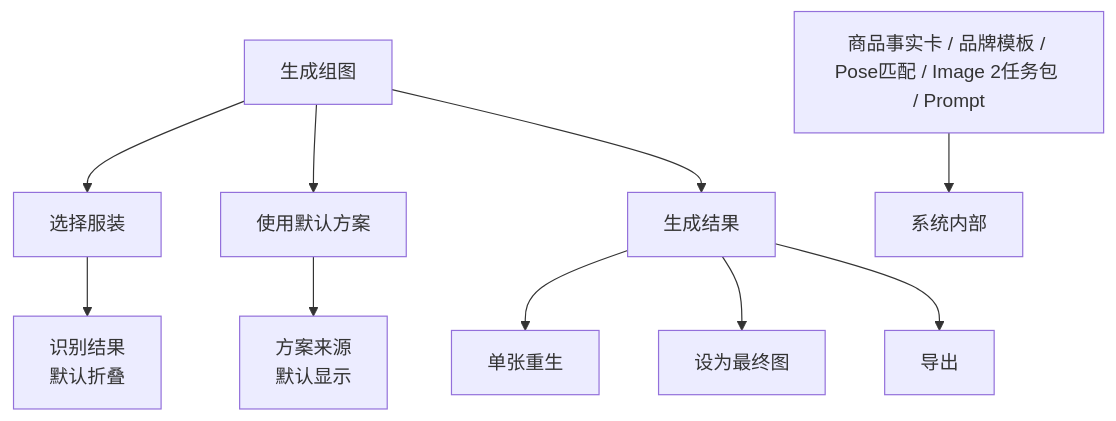
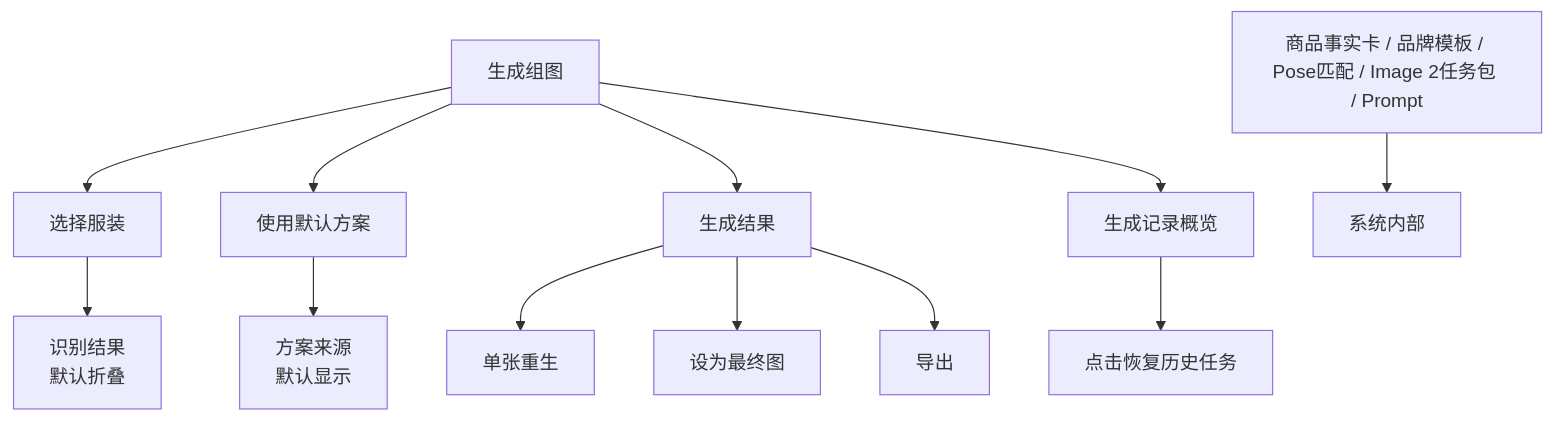
Before and after one commit to happyvchen/ruyi-dream: the diagram in design/03_ux_guide/user_uiux.md, drawn with Mermaid. The commit also changed other lines of this file and 11 other files, not shown here.

````diff
--- a/design/03_ux_guide/user_uiux.md
+++ b/design/03_ux_guide/user_uiux.md
@@ -106,14 +109,16 @@
 ```mermaid
 flowchart TD
   A["生成组图"] --> B["选择服装"]
   A --> C["使用默认方案"]
   A --> E["生成结果"]
+  A --> F["生成记录概览"]
 
   B --> B1["识别结果<br/>默认折叠"]
   C --> C1["方案来源<br/>默认显示"]
   E --> E1["单张重生"]
   E --> E2["设为最终图"]
   E --> E3["导出"]
+  F --> F1["点击恢复历史任务"]
 
   X["商品事实卡 / 品牌模板 / Pose匹配 / Image 2任务包 / Prompt"] --> Y["系统内部"]
 ```
````
